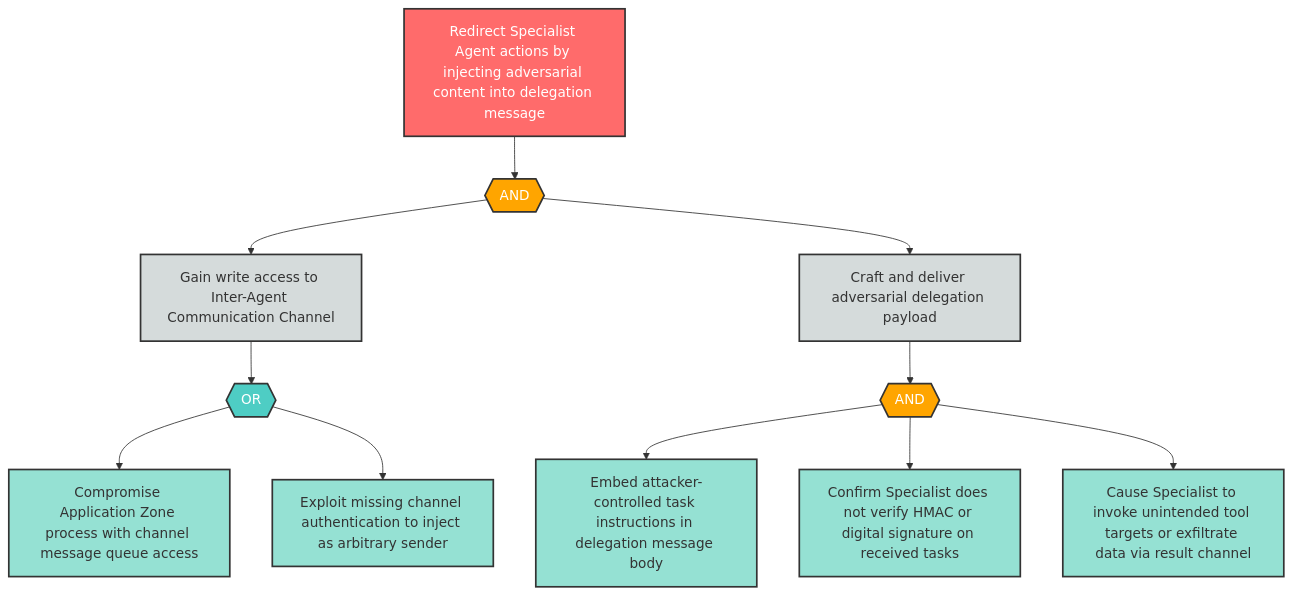
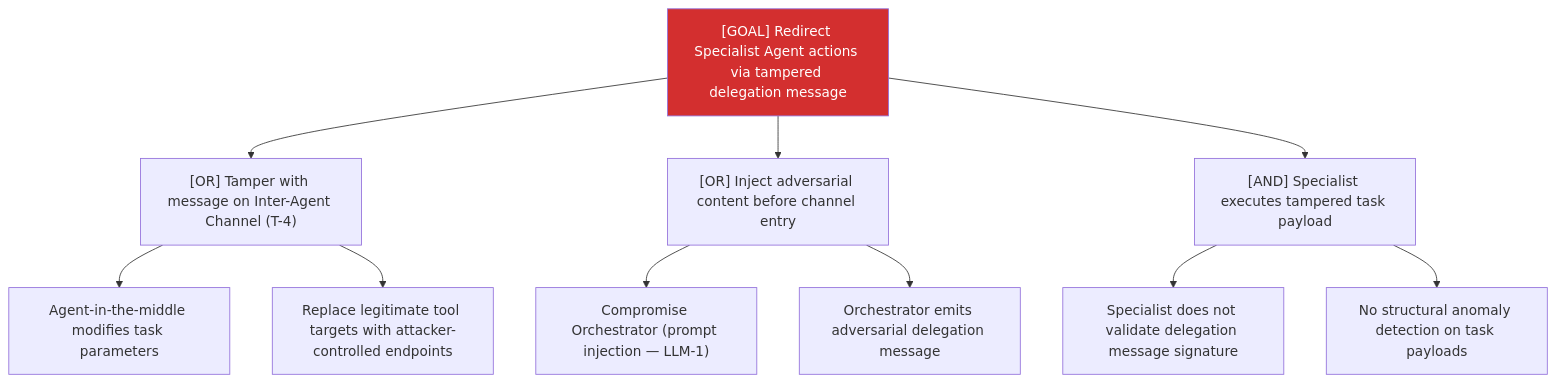
Before and after one commit to q-qp-p/davidmatousek-tachi: the diagram in examples/agentic-app/sample-report/attack-trees/t-3-attack-tree.md, drawn with Mermaid. The commit also changed other lines of this file and 132 other files, not shown here.

````diff
--- a/examples/agentic-app/sample-report/attack-trees/t-3-attack-tree.md
+++ b/examples/agentic-app/sample-report/attack-trees/t-3-attack-tree.md
@@ -8,37 +7,15 @@
 ```mermaid
-flowchart TD
-    T3_root["Redirect Specialist Agent actions by injecting adversarial content into delegation message"]
-    T3_and1{{"AND"}}
-    T3_sub1["Gain write access to Inter-Agent Communication Channel"]
-    T3_sub2["Craft and deliver adversarial delegation payload"]
-    T3_or1{{"OR"}}
-    T3_leaf1["Compromise Application Zone process with channel message queue access"]
-    T3_leaf2["Exploit missing channel authentication to inject as arbitrary sender"]
-    T3_and2{{"AND"}}
-    T3_leaf3["Embed attacker-controlled task instructions in delegation message body"]
-    T3_leaf4["Confirm Specialist does not verify HMAC or digital signature on received tasks"]
-    T3_leaf5["Cause Specialist to invoke unintended tool targets or exfiltrate data via result channel"]
-
-    T3_root --> T3_and1
-    T3_and1 --> T3_sub1
-    T3_and1 --> T3_sub2
-    T3_sub1 --> T3_or1
-    T3_or1 --> T3_leaf1
-    T3_or1 --> T3_leaf2
-    T3_sub2 --> T3_and2
-    T3_and2 --> T3_leaf3
-    T3_and2 --> T3_leaf4
-    T3_and2 --> T3_leaf5
-
-    classDef goal fill:#ff6b6b,stroke:#333,stroke-width:2px,color:#fff
-    classDef andGate fill:#ffa500,stroke:#333,stroke-width:2px,color:#fff
-    classDef orGate fill:#4ecdc4,stroke:#333,stroke-width:2px,color:#fff
-    classDef subGoal fill:#d5dbdb,stroke:#333,stroke-width:2px,color:#333
-    classDef leaf fill:#95e1d3,stroke:#333,stroke-width:2px,color:#333
-
-    class T3_root goal
-    class T3_and1,T3_and2 andGate
-    class T3_or1 orGate
-    class T3_sub1,T3_sub2 subGoal
-    class T3_leaf1,T3_leaf2,T3_leaf3,T3_leaf4,T3_leaf5 leaf
+graph TD
+    Goal["[GOAL] Redirect Specialist Agent actions via tampered delegation message"]
+    Goal --> A["[OR] Tamper with message on Inter-Agent Channel (T-4)"]
+    A --> A1["Agent-in-the-middle modifies task parameters"]
+    A --> A2["Replace legitimate tool targets with attacker-controlled endpoints"]
+    Goal --> B["[OR] Inject adversarial content before channel entry"]
+    B --> B1["Compromise Orchestrator (prompt injection — LLM-1)"]
+    B --> B2["Orchestrator emits adversarial delegation message"]
+    Goal --> C["[AND] Specialist executes tampered task payload"]
+    C --> C1["Specialist does not validate delegation message signature"]
+    C --> C2["No structural anomaly detection on task payloads"]
+    classDef critical fill:#d32f2f,color:#fff
+    class Goal critical
 ```
````
